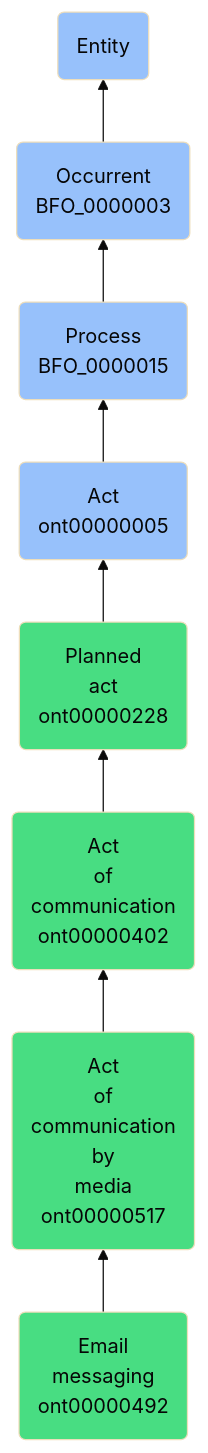
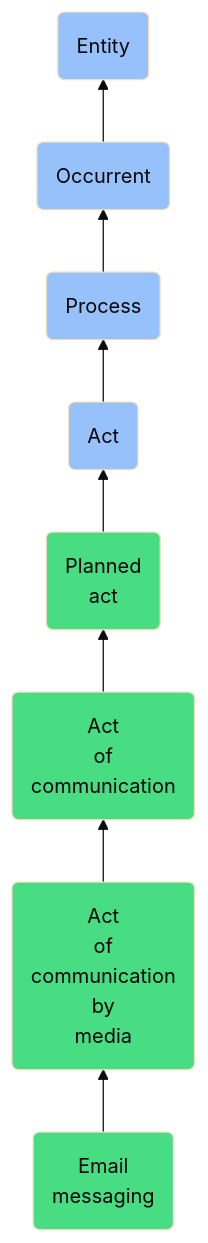
Before and after one commit to jupyter-naas/abi: the diagram in docs/ontology/reference/model/Entity/Occurrent/Process/Act/Planned act/Act of communication/Act of communication by media/Email messaging/Email messaging.md, drawn with Mermaid (base theme). The commit also changed other lines of this file and 1430 other files, not shown here.

````diff
--- a/docs/ontology/reference/model/Entity/Occurrent/Process/Act/Planned act/Act of communication/Act of communication by media/Email messaging/Email messaging.md
+++ b/docs/ontology/reference/model/Entity/Occurrent/Process/Act/Planned act/Act of communication/Act of communication by media/Email messaging/Email messaging.md
@@ -24,15 +24,15 @@
 ```mermaid
 graph BT
-    ont00000492(Email<br>messaging<br>ont00000492):::ABI-->ont00000517
-    ont00000517(Act<br>of<br>communication<br>by<br>media<br>ont00000517):::ABI-->ont00000402
-    ont00000402(Act<br>of<br>communication<br>ont00000402):::ABI-->ont00000228
-    ont00000228(Planned<br>act<br>ont00000228):::ABI-->ont00000005
-    ont00000005(Act<br>ont00000005):::BFO-->BFO_0000015
-    BFO_0000015(Process<br>BFO_0000015):::BFO-->BFO_0000003
-    BFO_0000003(Occurrent<br>BFO_0000003):::BFO-->BFO_0000001
+    ont00000492(Email<br>messaging):::ABI-->ont00000517
+    ont00000517(Act<br>of<br>communication<br>by<br>media):::ABI-->ont00000402
+    ont00000402(Act<br>of<br>communication):::ABI-->ont00000228
+    ont00000228(Planned<br>act):::ABI-->ont00000005
+    ont00000005(Act):::BFO-->BFO_0000015
+    BFO_0000015(Process):::BFO-->BFO_0000003
+    BFO_0000003(Occurrent):::BFO-->BFO_0000001
     BFO_0000001(Entity):::BFO
     
     classDef BFO fill:#97c1fb,color:#060606
     classDef CCO fill:#e4c51e,color:#060606
     classDef ABI fill:#48DD82,color:#060606
 ```
````
